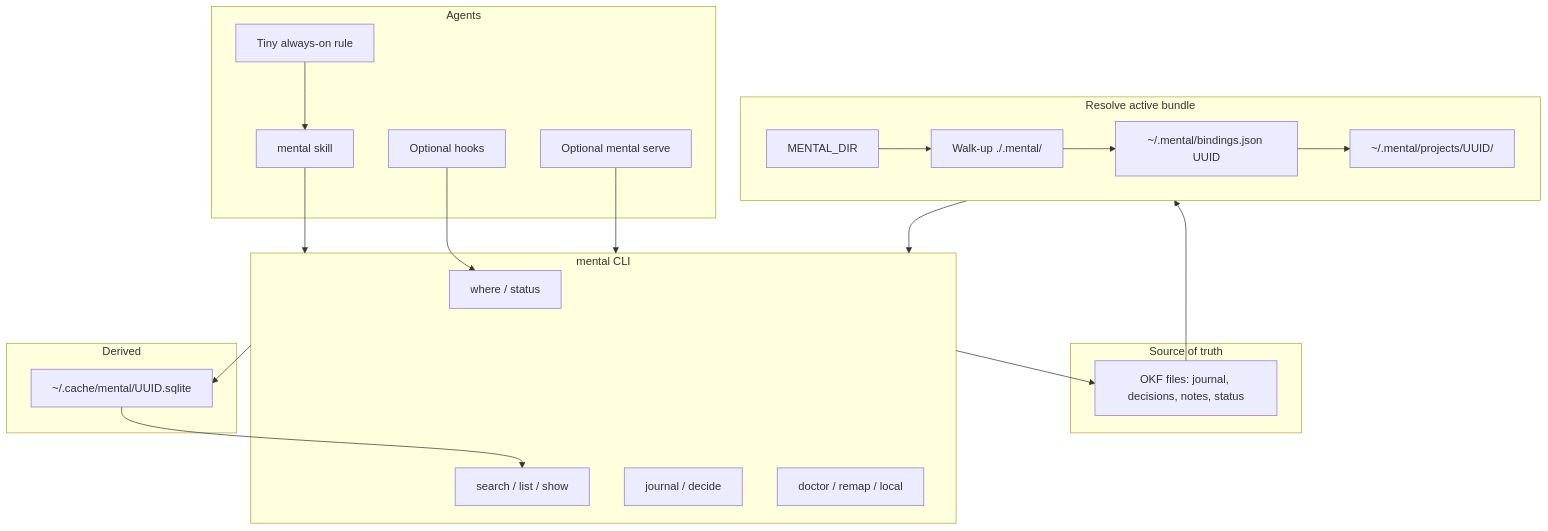
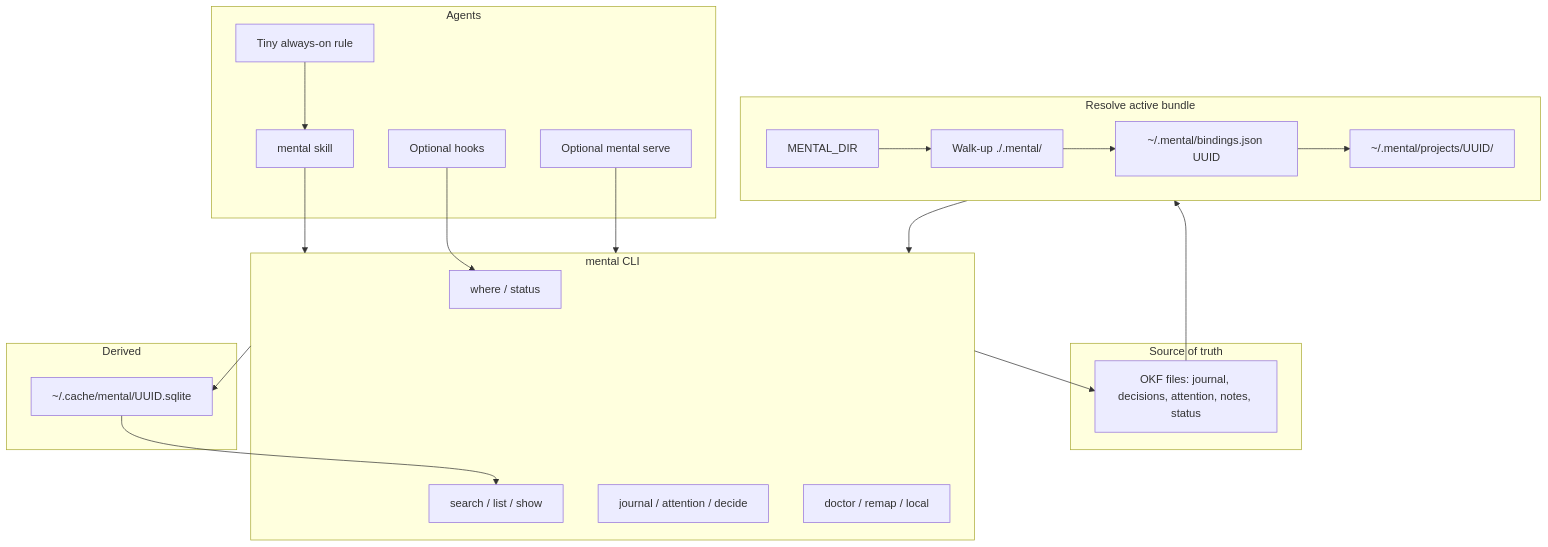
Before and after one commit to afaraha8403/mental: the diagram in PLAN.md, drawn with Mermaid. The commit also changed other lines of this file and 16 other files, not shown here.

Commit message:
Add attention residue and journal --against so heartbeat carries what's still in the air.

````diff
--- a/PLAN.md
+++ b/PLAN.md
@@ -103,39 +103,39 @@
 ```mermaid
 flowchart TB
   subgraph sources [Source of truth]
-    OKF["OKF files: journal, decisions, notes, status"]
+    OKF["OKF files: journal, decisions, attention, notes, status"]
   end
   subgraph resolve [Resolve active bundle]
     Env["MENTAL_DIR"]
     Walk["Walk-up ./.mental/"]
     Bind["~/.mental/bindings.json UUID"]
     Home["~/.mental/projects/UUID/"]
     Env --> Walk
     Walk --> Bind
     Bind --> Home
   end
   subgraph cli [mental CLI]
     Where["where / status"]
     Search["search / list / show"]
-    Write["journal / decide"]
+    Write["journal / attention / decide"]
     Doctor["doctor / remap / local"]
   end
   subgraph derived [Derived]
     SQLite["~/.cache/mental/UUID.sqlite"]
   end
   subgraph agents [Agents]
     Rule["Tiny always-on rule"]
     Skill["mental skill"]
     Hooks["Optional hooks"]
     MCP["Optional mental serve"]
   end
   OKF --> resolve
   resolve --> cli
   cli --> OKF
   cli --> SQLite
   SQLite --> Search
   Rule --> Skill
   Skill --> cli
   Hooks --> Where
   MCP --> cli
 ```
````
